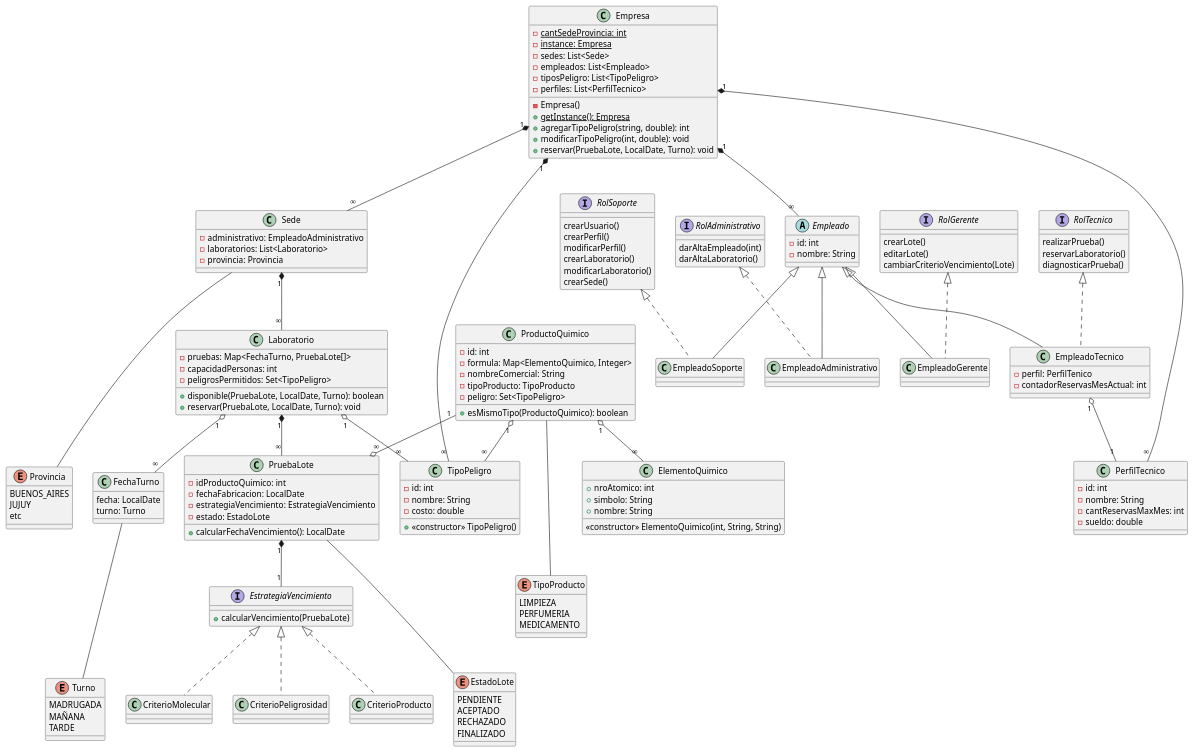
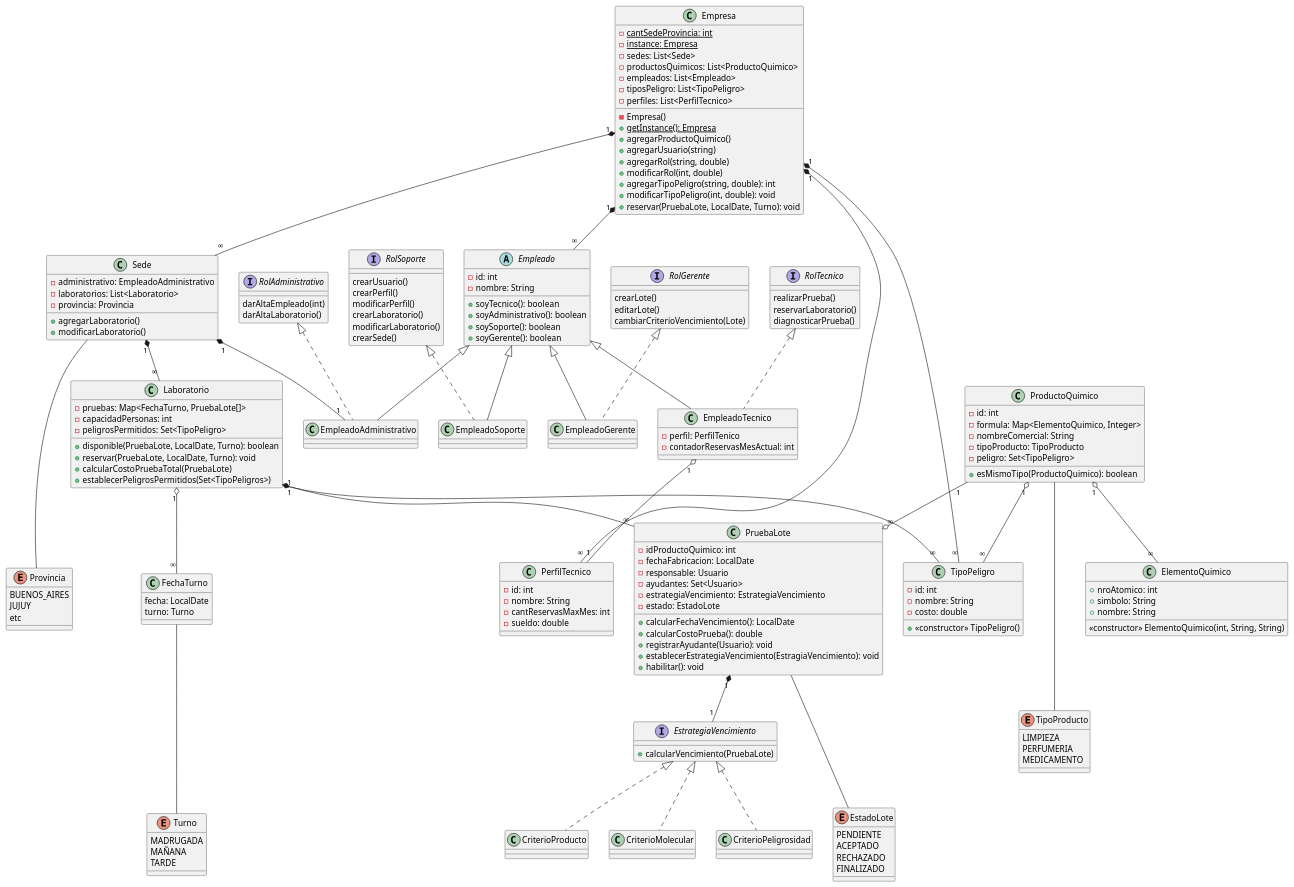
One commit to SrBigotones/UADE_TPO_OOP changed the diagram in diagramas/clases.plantuml. Above: the diagram before and after it, drawn with PlantUML. The commit also changed 1 other file, not shown here.

Commit message:
Modifico UML Clases
Agrego double dispatch para usuarios
Agrego funciones varias para el diagrama en todas las clases en general

```diff
--- a/diagramas/clases.plantuml
+++ b/diagramas/clases.plantuml
@@ -5,10 +5,15 @@
   {static} - instance: Empresa
   - Empresa()
   - sedes: List<Sede>
+  - productosQuimicos: List<ProductoQuimico>
   - empleados: List<Empleado>
   - tiposPeligro: List<TipoPeligro>
   - perfiles: List<PerfilTecnico>
   {static} + getInstance(): Empresa
+  + agregarProductoQuimico()
+  + agregarUsuario(string) /'nombre '/
+  + agregarRol(string, double) /'nombrePuesto, sueldo'/
+  + modificarRol(int, double) /'idPuesto, sueldo'/
   + agregarTipoPeligro(string, double): int
   + modificarTipoPeligro(int, double): void
   + reservar(PruebaLote, LocalDate, Turno): void
@@ -18,6 +23,9 @@
   - administrativo: EmpleadoAdministrativo
   - laboratorios: List<Laboratorio>
   - provincia: Provincia
+
+  + agregarLaboratorio()
+  + modificarLaboratorio()
 }
 
 enum Provincia {
@@ -32,15 +40,22 @@
   - nombreComercial: String
   - tipoProducto: TipoProducto
   - peligro: Set<TipoPeligro>
+
   + esMismoTipo(ProductoQuimico): boolean
 }
 
 class PruebaLote {
   - idProductoQuimico: int
   - fechaFabricacion: LocalDate
+  - responsable: Usuario
+  - ayudantes: Set<Usuario>
   - estrategiaVencimiento: EstrategiaVencimiento
   - estado: EstadoLote
   + calcularFechaVencimiento(): LocalDate
+  + calcularCostoPrueba(): double
+  + registrarAyudante(Usuario): void
+  + establecerEstrategiaVencimiento(EstragiaVencimiento): void
+  + habilitar(): void
 }
 
 interface EstrategiaVencimiento {
@@ -84,6 +99,11 @@
 abstract class Empleado {
   - id: int
   - nombre: String
+
+  + soyTecnico(): boolean
+  + soyAdministrativo(): boolean
+  + soySoporte(): boolean
+  + soyGerente(): boolean
 }
 
 'Edita todo lo relacionado con los puestos y gesetion del sistema (SysAdmin)
@@ -124,8 +144,8 @@
   - contadorReservasMesActual: int
 }
 
-
-class PerfilTecnico {
+/'No entiendo que verga es esto'/
+class PerfilTecnico { 
   - id: int
   - nombre: String
   - cantReservasMaxMes: int
@@ -145,6 +165,8 @@
   'en caso de haber otra prueba en curso, si el producto es compatible con mi prueba'
   + disponible(PruebaLote, LocalDate, Turno): boolean
   + reservar(PruebaLote, LocalDate, Turno): void
+  + calcularCostoPruebaTotal(PruebaLote)
+  + establecerPeligrosPermitidos(Set<TipoPeligros>)
 }
 
 class FechaTurno {
@@ -176,5 +198,6 @@
 PruebaLote "1" *-- "1" EstrategiaVencimiento
 EmpleadoTecnico "1" o-- "1" PerfilTecnico
 Empresa "1" *-- "∞" PerfilTecnico
+Sede "1" *-- "1" EmpleadoAdministrativo
 
 @enduml
```
